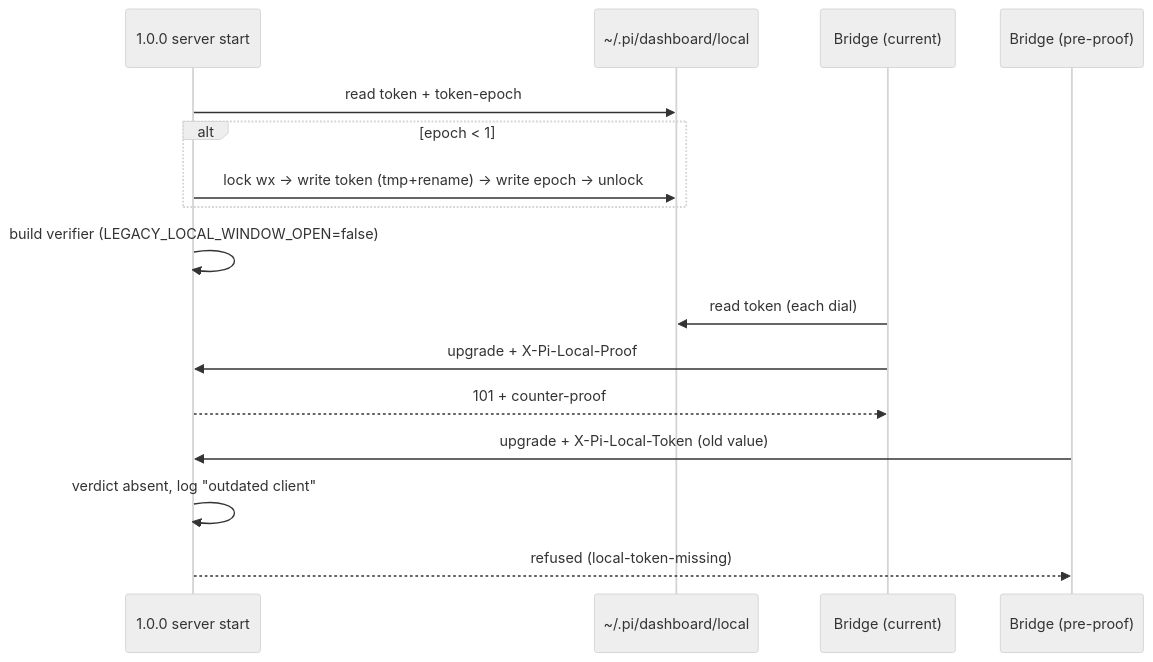
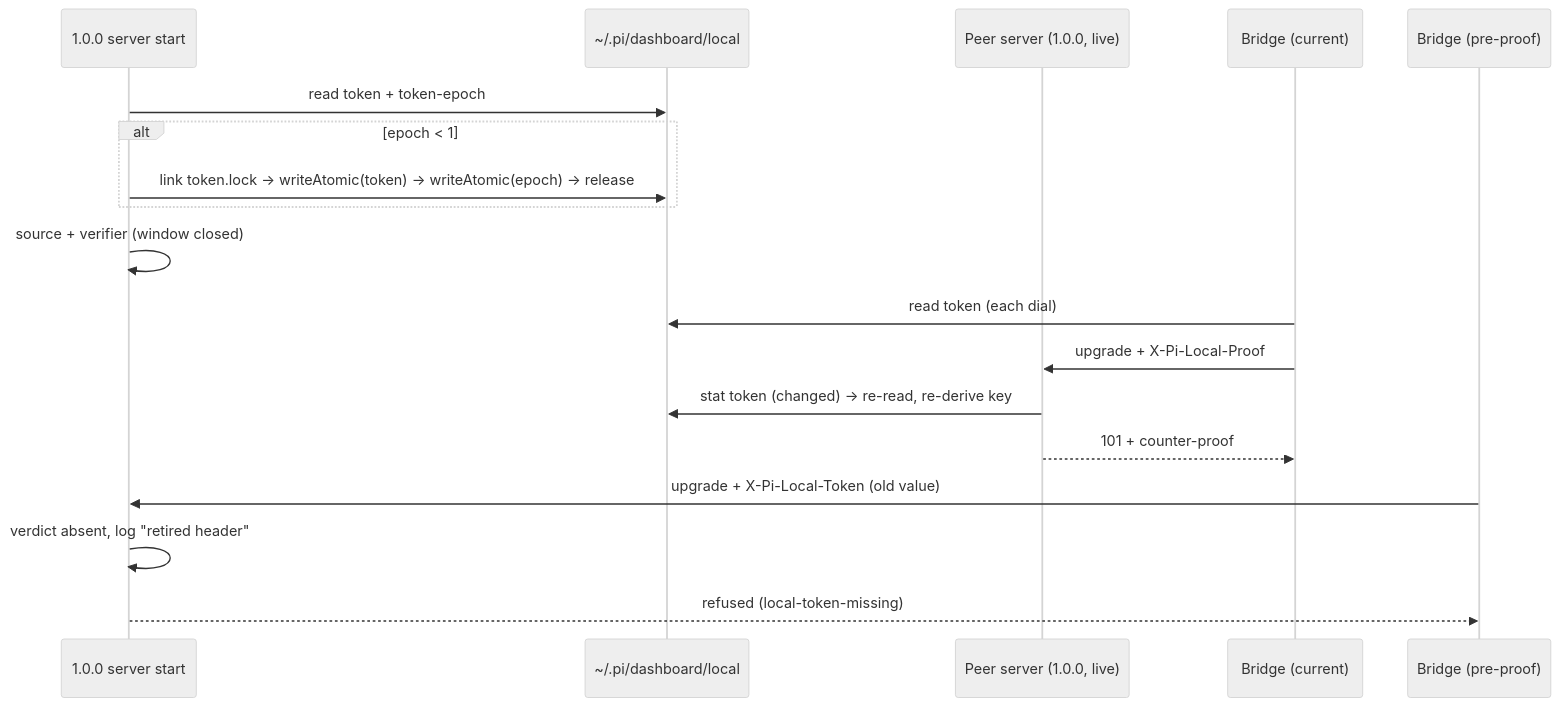
Before and after one commit to BlackBeltTechnology/pi-agent-dashboard: the diagram in openspec/changes/close-loopback-legacy-window/design.md, drawn with Mermaid (neutral theme). The commit also changed other lines of this file and 42 other files, not shown here.

````diff
--- a/openspec/changes/close-loopback-legacy-window/design.md
+++ b/openspec/changes/close-loopback-legacy-window/design.md
@@ -89,18 +170,20 @@
 ```mermaid
 sequenceDiagram
   participant S as 1.0.0 server start
   participant F as ~/.pi/dashboard/local
+  participant P as Peer server (1.0.0, live)
   participant B as Bridge (current)
   participant O as Bridge (pre-proof)
   S->>F: read token + token-epoch
   alt epoch < 1
-    S->>F: lock wx → write token (tmp+rename) → write epoch → unlock
+    S->>F: link token.lock → writeAtomic(token) → writeAtomic(epoch) → release
   end
-  S->>S: build verifier (LEGACY_LOCAL_WINDOW_OPEN=false)
+  S->>S: source + verifier (window closed)
   B->>F: read token (each dial)
-  B->>S: upgrade + X-Pi-Local-Proof
-  S-->>B: 101 + counter-proof
+  B->>P: upgrade + X-Pi-Local-Proof
+  P->>F: stat token (changed) → re-read, re-derive key
+  P-->>B: 101 + counter-proof
   O->>S: upgrade + X-Pi-Local-Token (old value)
-  S->>S: verdict absent, log "outdated client"
+  S->>S: verdict absent, log "retired header"
   S-->>O: refused (local-token-missing)
 ```
````
